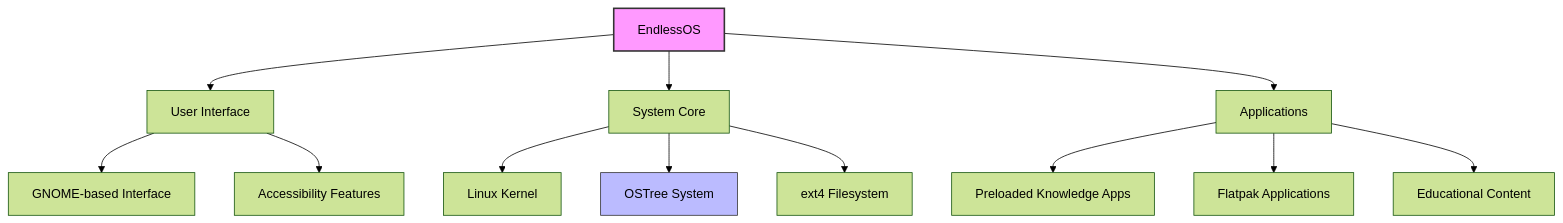
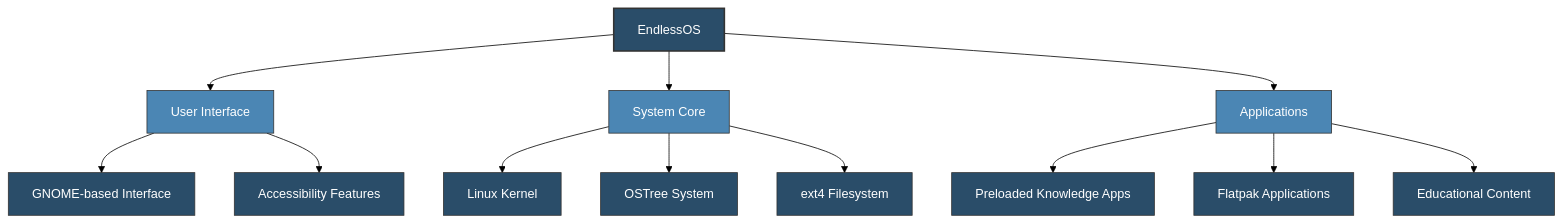
Before and after one commit to Ananya-Addisu/Endless-OS: the first of 9 diagrams in README.md, drawn with Mermaid (forest theme). The commit also changed other lines of this file, not shown here.

````diff
--- a/README.md
+++ b/README.md
@@ -39,20 +38,30 @@
 ```mermaid
 flowchart TD
     A[EndlessOS] --> B[User Interface]
     A --> C[System Core]
     A --> D[Applications]
     
     B --> B1[GNOME-based Interface]
     B --> B2[Accessibility Features]
     
     C --> C1[Linux Kernel]
     C --> C2[OSTree System]
     C --> C3[ext4 Filesystem]
     
     D --> D1[Preloaded Knowledge Apps]
     D --> D2[Flatpak Applications]
     D --> D3[Educational Content]
     
-    style A fill:#f9f,stroke:#333,stroke-width:2px
-    style C2 fill:#bbf,stroke:#333,stroke-width:1px
+    style A fill:#2A4D69,stroke:#333,stroke-width:2px,color:#ffffff
+    style B fill:#4B86B4,stroke:#333,stroke-width:1px,color:#ffffff
+    style C fill:#4B86B4,stroke:#333,stroke-width:1px,color:#ffffff
+    style D fill:#4B86B4,stroke:#333,stroke-width:1px,color:#ffffff
+    style B1 fill:#2A4D69,stroke:#333,stroke-width:1px,color:#ffffff
+    style B2 fill:#2A4D69,stroke:#333,stroke-width:1px,color:#ffffff
+    style C1 fill:#2A4D69,stroke:#333,stroke-width:1px,color:#ffffff
+    style C2 fill:#2A4D69,stroke:#333,stroke-width:1px,color:#ffffff
+    style C3 fill:#2A4D69,stroke:#333,stroke-width:1px,color:#ffffff
+    style D1 fill:#2A4D69,stroke:#333,stroke-width:1px,color:#ffffff
+    style D2 fill:#2A4D69,stroke:#333,stroke-width:1px,color:#ffffff
+    style D3 fill:#2A4D69,stroke:#333,stroke-width:1px,color:#ffffff
 ```
````
